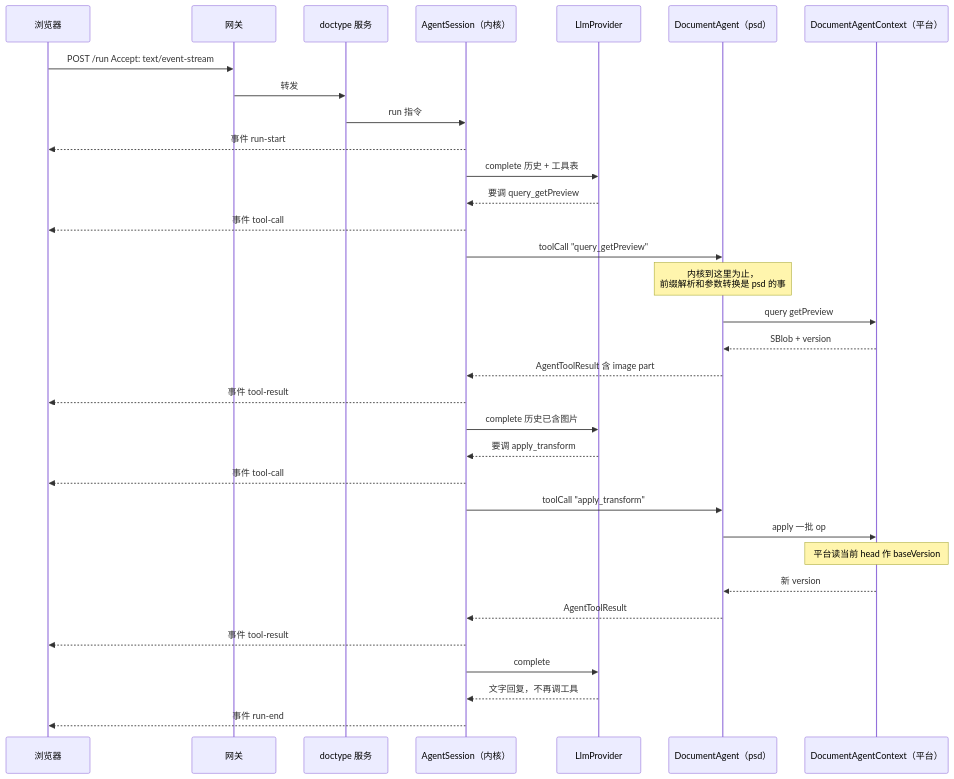
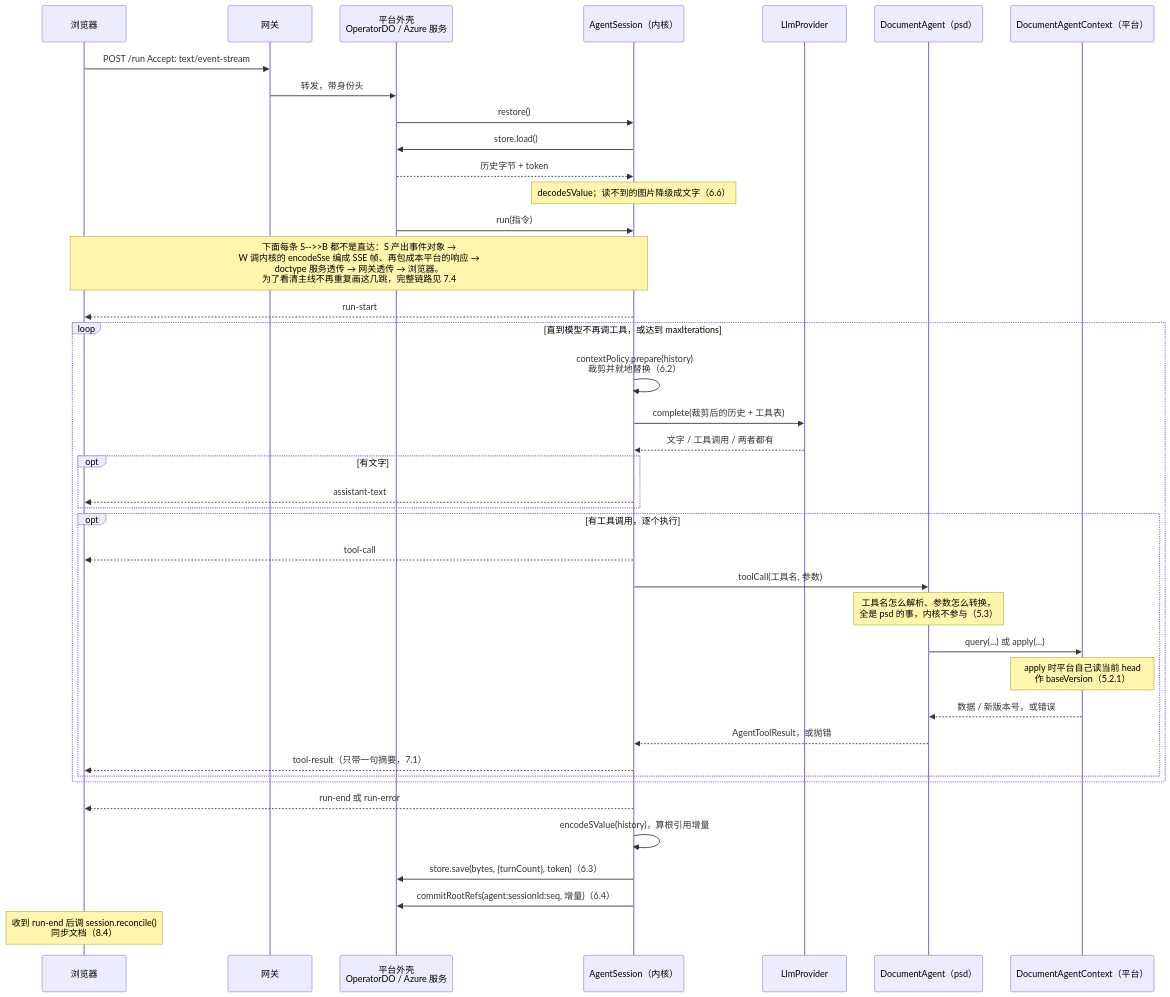
Before and after one commit to shazhou-ww/unidocs: diagram 11 of 15 in docs/superpowers/specs/2026-08-26-agent-sdk-design.md, drawn with Mermaid. The commit also changed other lines of this file, not shown here.

Commit message:
docs(agent-sdk): 重画 7.2 时序图,补上五处与前面决定对不上的地方
review 追问是否仔细核对过 —— 没有。逐条对照后发现五处问题:

1. 请求方向画了 B→G→W→S 三跳,事件返回却画成 S 虚线直达 B,跳过了
   网关和 doctype 服务。而 7.4 明确说事件要经 encodeSse 编码、由平台
   包成响应再逐跳透传。
2. 整个第 6 章在图里不存在:每轮调模型前的 contextPolicy.prepare
   裁剪、run 结束时的 store.save、根引用提交,一个都没画。
3. 开头没有 restore()。5.5 说平台外壳重建后要先从 store 恢复历史,
   否则 DO 唤醒或 Azure 换副本之后模型会失忆。
4. 缺 assistant-text 事件。7.1 定义了它,8.4 的客户端代码也在处理,
   唯独主时序图里没有。
5. 缺平台外壳这一层。SSE 编码和 store 实现都在那里,原图把它和
   doctype 服务混成了一个参与者。

重画后补充三条顺序约束的理由:restore 必须在 run 之前;裁剪在每次调
模型之前而非每轮之后(要裁的正是即将发出的那一份);先存字节再提交根
引用(反过来会留下引用已加、字节没写的孤立引用)。

并说明工具抛错时也发 tool-result(ok: false),循环不中断,错误原文进
历史让模型下一轮自己纠正。

````diff
--- a/docs/superpowers/specs/2026-08-26-agent-sdk-design.md
+++ b/docs/superpowers/specs/2026-08-26-agent-sdk-design.md
@@ -1059,40 +1059,51 @@
 ```mermaid
 sequenceDiagram
     participant B as 浏览器
     participant G as 网关
-    participant W as doctype 服务
+    participant W as 平台外壳<br/>OperatorDO / Azure 服务
     participant S as AgentSession（内核）
     participant L as LlmProvider
     participant A as DocumentAgent（psd）
     participant C as DocumentAgentContext（平台）
 
     B->>G: POST /run  Accept: text/event-stream
-    G->>W: 转发
-    W->>S: run 指令
-    S-->>B: 事件 run-start
+    G->>W: 转发，带身份头
 
-    S->>L: complete 历史 + 工具表
-    L-->>S: 要调 query_getPreview
-    S-->>B: 事件 tool-call
+    W->>S: restore()
+    S->>W: store.load()
+    W-->>S: 历史字节 + token
+    Note over S: decodeSValue；读不到的图片降级成文字（6.6）
 
-    S->>A: toolCall "query_getPreview"
-    Note over A: 内核到这里为止，<br/>前缀解析和参数转换是 psd 的事
-    A->>C: query getPreview
-    C-->>A: SBlob + version
-    A-->>S: AgentToolResult 含 image part
-    S-->>B: 事件 tool-result
+    W->>S: run(指令)
 
-    S->>L: complete 历史已含图片
-    L-->>S: 要调 apply_transform
-    S-->>B: 事件 tool-call
-    S->>A: toolCall "apply_transform"
-    A->>C: apply 一批 op
-    Note over C: 平台读当前 head 作 baseVersion
-    C-->>A: 新 version
-    A-->>S: AgentToolResult
-    S-->>B: 事件 tool-result
+    Note over S,B: 下面每条 S-->>B 都不是直达：S 产出事件对象 →<br/>W 调内核的 encodeSse 编成 SSE 帧、再包成本平台的响应 →<br/>doctype 服务透传 → 网关透传 → 浏览器。<br/>为了看清主线不再重复画这几跳，完整链路见 7.4
+    S-->>B: run-start
 
-    S->>L: complete
-    L-->>S: 文字回复，不再调工具
-    S-->>B: 事件 run-end
+    loop 直到模型不再调工具，或达到 maxIterations
+        S->>S: contextPolicy.prepare(history)<br/>裁剪并就地替换（6.2）
+        S->>L: complete(裁剪后的历史 + 工具表)
+        L-->>S: 文字 / 工具调用 / 两者都有
+
+        opt 有文字
+            S-->>B: assistant-text
+        end
+
+        opt 有工具调用，逐个执行
+            S-->>B: tool-call
+            S->>A: toolCall(工具名, 参数)
+            Note over A: 工具名怎么解析、参数怎么转换，<br/>全是 psd 的事，内核不参与（5.3）
+            A->>C: query(...) 或 apply(...)
+            Note over C: apply 时平台自己读当前 head<br/>作 baseVersion（5.2.1）
+            C-->>A: 数据 / 新版本号，或错误
+            A-->>S: AgentToolResult，或抛错
+            S-->>B: tool-result（只带一句摘要，7.1）
+        end
+    end
+
+    S-->>B: run-end 或 run-error
+
+    S->>S: encodeSValue(history)，算根引用增量
+    S->>W: store.save(bytes, {turnCount}, token)（6.3）
+    S->>W: commitRootRefs(agent:sessionId:seq, 增量)（6.4）
+    Note over B: 收到 run-end 后调 session.reconcile()<br/>同步文档（8.4）
 ```
````
